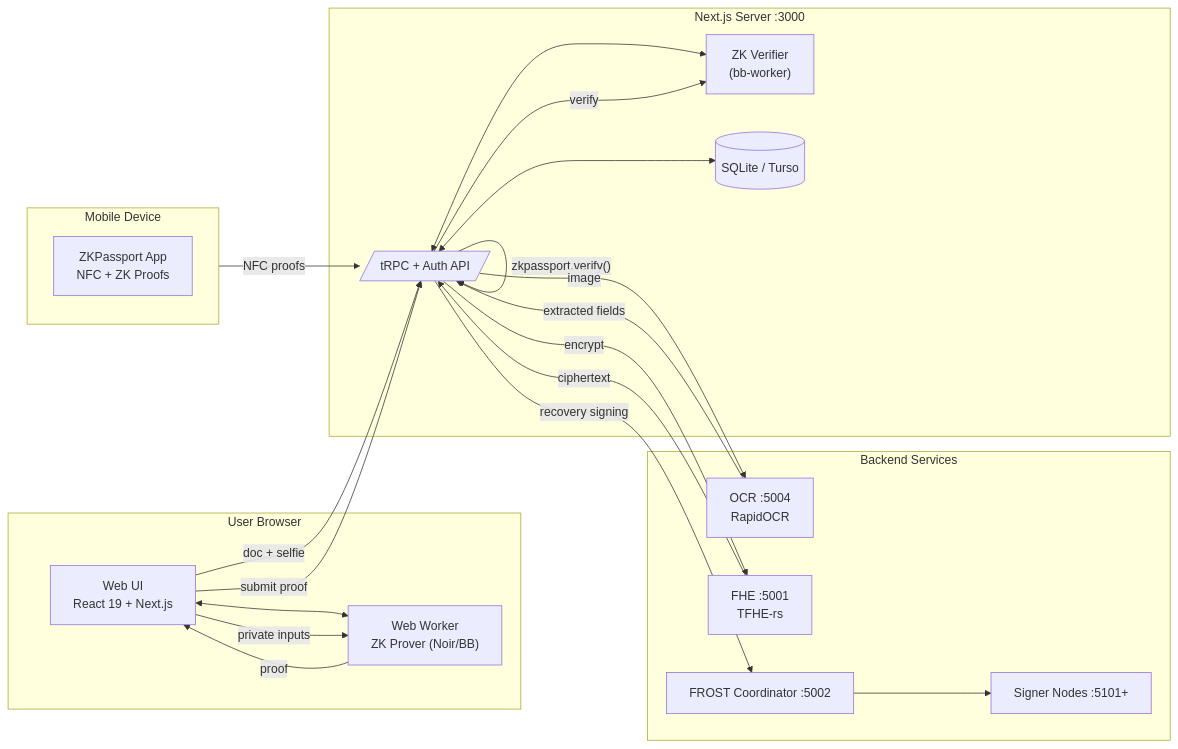
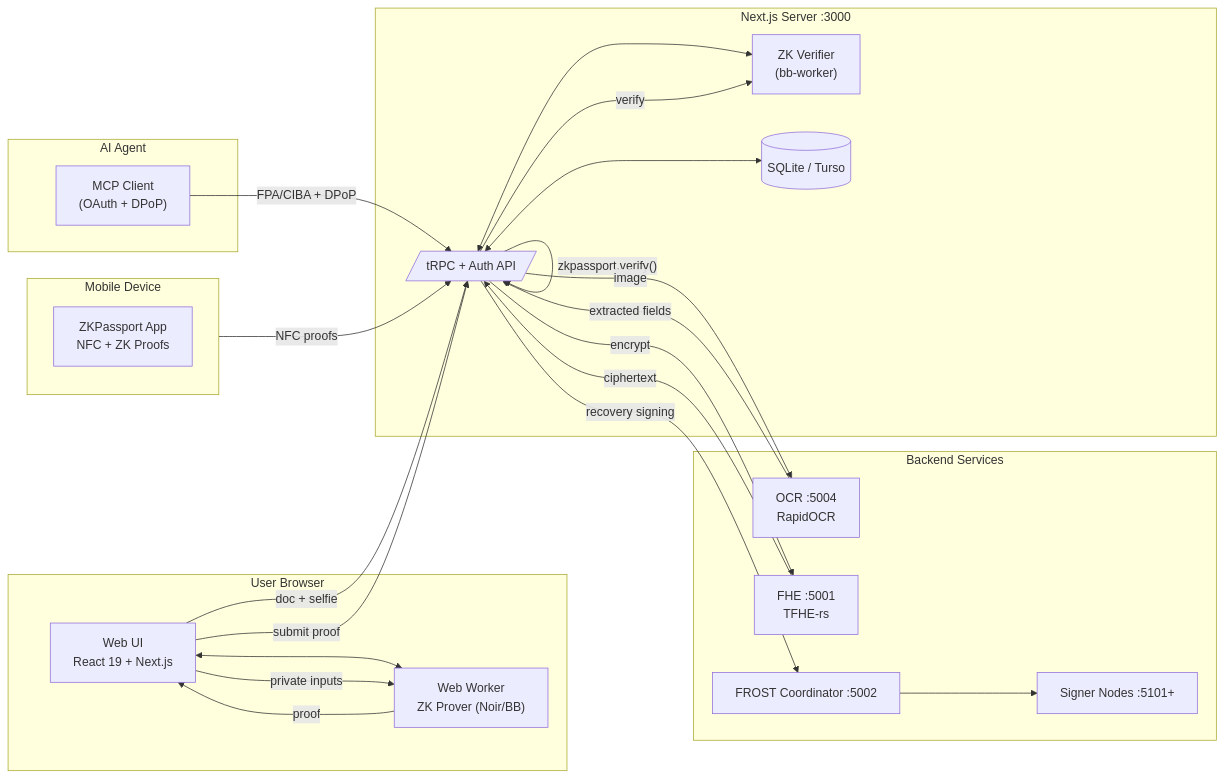
Before and after one commit to gustavovalverde/zentity: the first of 4 diagrams in docs/architecture.md, drawn with Mermaid. The commit also changed other lines of this file and 4 other files, not shown here.

First line of the commit message:
docs: document MCP identity server across all architectural docs

````diff
--- a/docs/architecture.md
+++ b/docs/architecture.md
@@ -38,43 +39,48 @@
 ```mermaid
 flowchart LR
   subgraph Browser["User Browser"]
     UI["Web UI\nReact 19 + Next.js"]
     W["Web Worker\nZK Prover (Noir/BB)"]
     UI <--> W
   end
 
   subgraph Server["Next.js Server :3000"]
     API[/"tRPC + Auth API"/]
     BB["ZK Verifier\n(bb-worker)"]
     DB[("SQLite / Turso")]
     API <--> BB
     API <--> DB
   end
 
   subgraph Services["Backend Services"]
     OCR["OCR :5004\nRapidOCR"]
     FHE["FHE :5001\nTFHE-rs"]
     SIGNER["FROST Coordinator :5002"]
     SIGNERS["Signer Nodes :5101+"]
     SIGNER --> SIGNERS
   end
 
   subgraph Mobile["Mobile Device"]
     ZKP["ZKPassport App\nNFC + ZK Proofs"]
   end
 
+  subgraph Agent["AI Agent"]
+    MCP["MCP Client\n(OAuth + DPoP)"]
+  end
+
   UI -->|"doc + selfie"| API
+  MCP -->|"FPA/CIBA + DPoP"| API
   Mobile -->|"NFC proofs"| API
   API -->|"zkpassport.verify()"| API
   API -->|"image"| OCR
   OCR -->|"extracted fields"| API
 
   UI -->|"private inputs"| W
   W -->|"proof"| UI
   UI -->|"submit proof"| API
   API -->|"verify"| BB
 
   API -->|"encrypt"| FHE
   FHE -->|"ciphertext"| API
   API -->|"recovery signing"| SIGNER
 ```
````
